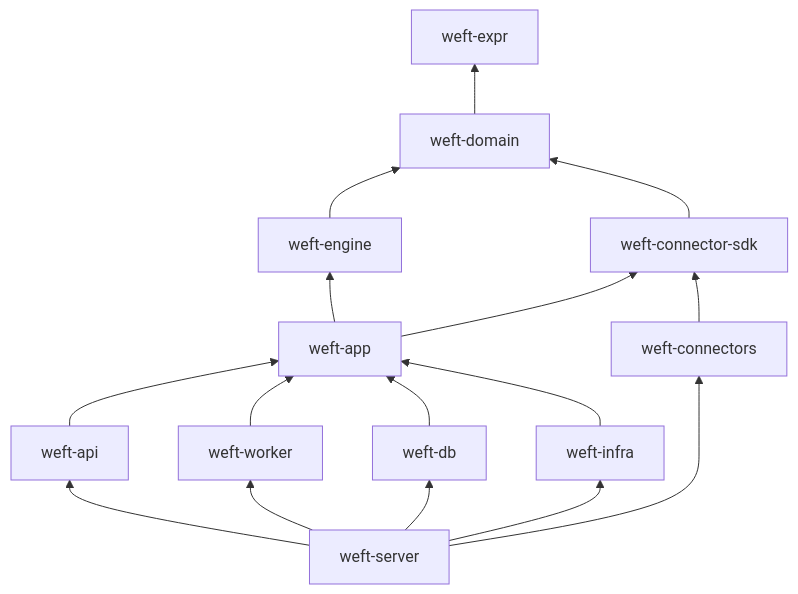
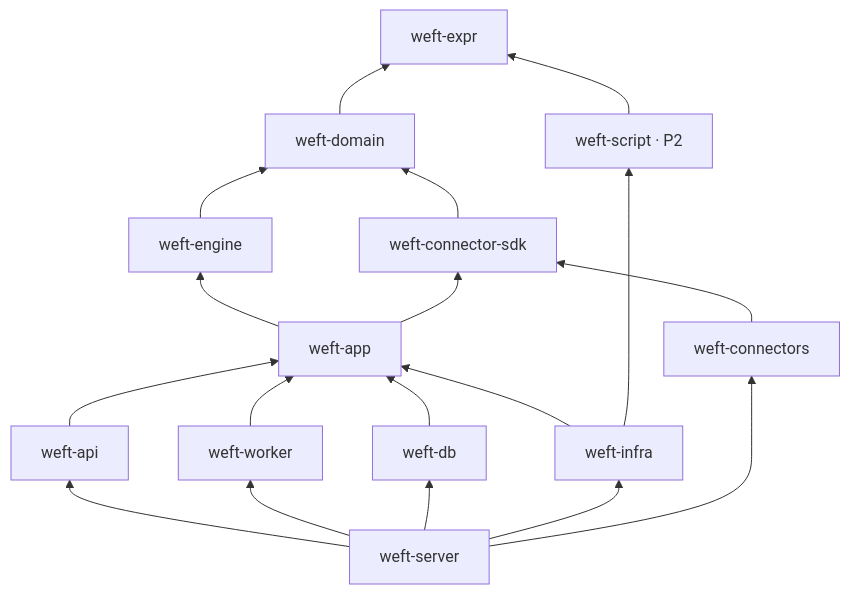
The second of 4 diagrams in docs/plan/02-architecture.md (vijayanandc/vijayspace), drawn with Mermaid before and after one commit. The commit also changed other lines of this file and 8 other files, not shown here.

````diff
--- a/docs/plan/02-architecture.md
+++ b/docs/plan/02-architecture.md
@@ -130,15 +132,17 @@
 ```mermaid
 flowchart BT
   expr[weft-expr]
   domain[weft-domain] --> expr
   engine[weft-engine] --> domain
   sdk[weft-connector-sdk] --> domain
   connectors[weft-connectors] --> sdk
   app[weft-app] --> engine
   app --> sdk
   db[weft-db] --> app
   infra[weft-infra] --> app
+  script[weft-script · P2] --> expr
+  infra --> script
   api[weft-api] --> app
   worker[weft-worker] --> app
   server[weft-server] --> api & worker & db & infra & connectors
 ```
````
